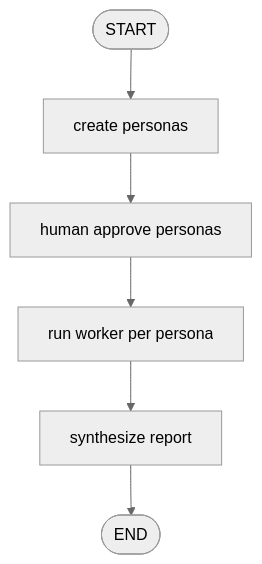
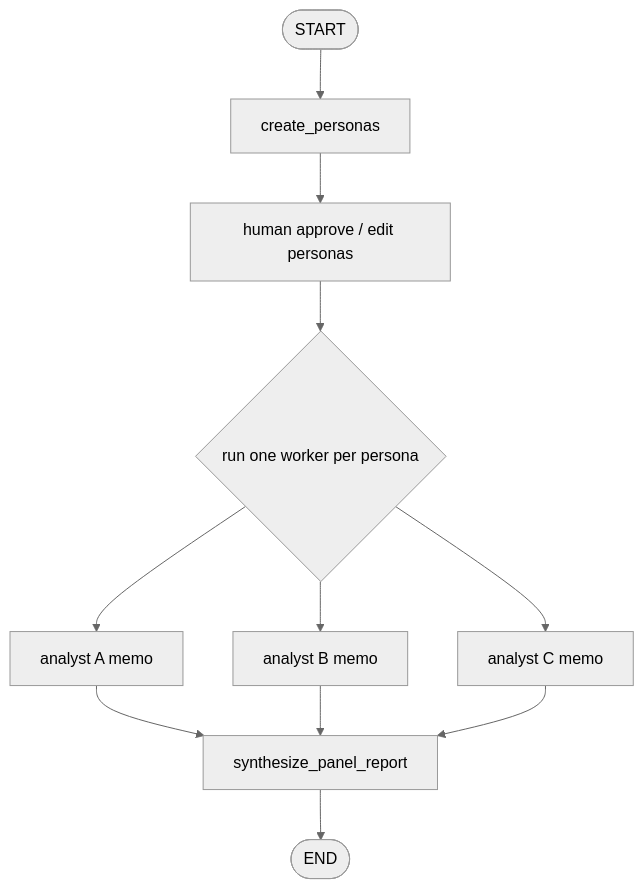
Before and after one commit to heecheon92/langgraph-playground: the first of 2 diagrams in docs/agent-patterns/patterns/13-persona-workers-and-research-panel.md, drawn with Mermaid (neutral theme). The commit also changed other lines of this file and 24 other files, not shown here.

````diff
--- a/docs/agent-patterns/patterns/13-persona-workers-and-research-panel.md
+++ b/docs/agent-patterns/patterns/13-persona-workers-and-research-panel.md
@@ -27,8 +27,13 @@
 ```mermaid
 flowchart TD
-    Start([START]) --> Create[create personas]
-    Create --> Approve[human approve personas]
-    Approve --> Interviews[run worker per persona]
-    Interviews --> Synthesize[synthesize report]
+    Start([START]) --> Create[create_personas]
+    Create --> Approve[human approve / edit personas]
+    Approve --> FanOut{run one worker per persona}
+    FanOut --> A[analyst A memo]
+    FanOut --> B[analyst B memo]
+    FanOut --> C[analyst C memo]
+    A --> Synthesize[synthesize_panel_report]
+    B --> Synthesize
+    C --> Synthesize
     Synthesize --> End([END])
 ```
````
